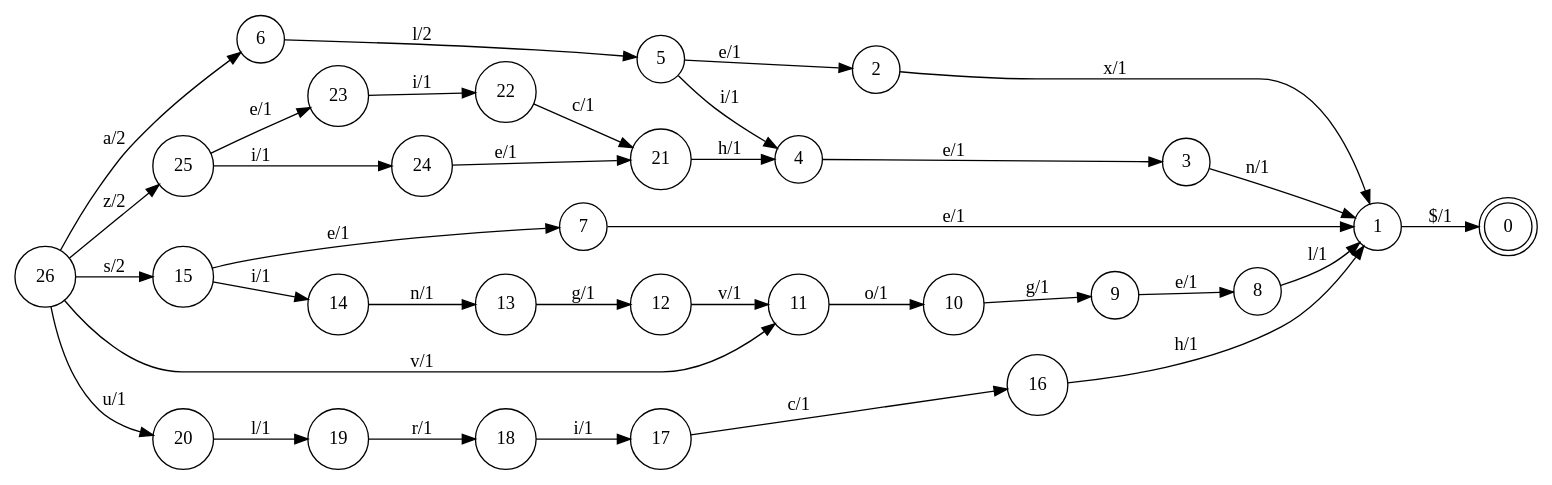
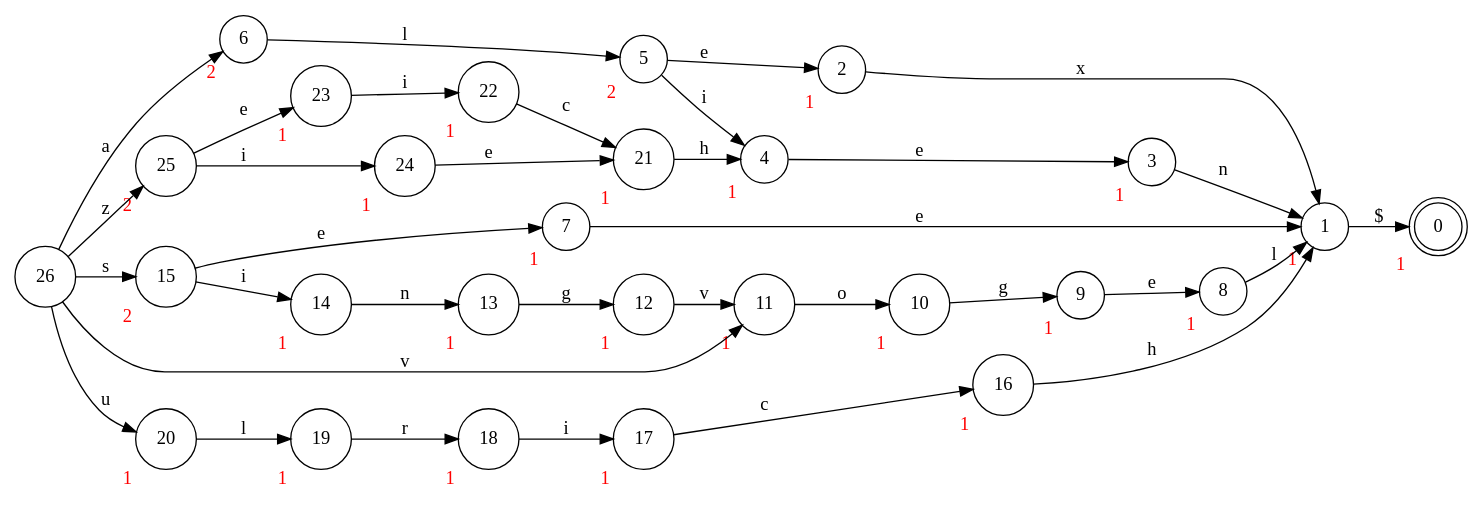
Before and after one commit to alexbiehl/hs-fst: the diagram in test.dot, drawn with Graphviz. The commit also changed 3 other files, not shown here.

```diff
--- a/test.dot
+++ b/test.dot
@@ -1,38 +1,72 @@
 digraph finite_state_machine {
 rankdir=LR
+forcelabels=true
 node [shape = doublecircle]; 0;
 node [shape = circle];
-1 -> 0 [ label="\$/1" ];
-2 -> 1 [ label="x/1" ];
-3 -> 1 [ label="n/1" ];
-4 -> 3 [ label="e/1" ];
-5 -> 4 [ label="i/1" ];
-5 -> 2 [ label="e/1" ];
-6 -> 5 [ label="l/2" ];
-7 -> 1 [ label="e/1" ];
-8 -> 1 [ label="l/1" ];
-9 -> 8 [ label="e/1" ];
-10 -> 9 [ label="g/1" ];
-11 -> 10 [ label="o/1" ];
-12 -> 11 [ label="v/1" ];
-13 -> 12 [ label="g/1" ];
-14 -> 13 [ label="n/1" ];
-15 -> 14 [ label="i/1" ];
-15 -> 7 [ label="e/1" ];
-16 -> 1 [ label="h/1" ];
-17 -> 16 [ label="c/1" ];
-18 -> 17 [ label="i/1" ];
-19 -> 18 [ label="r/1" ];
-20 -> 19 [ label="l/1" ];
-21 -> 4 [ label="h/1" ];
-22 -> 21 [ label="c/1" ];
-23 -> 22 [ label="i/1" ];
-24 -> 21 [ label="e/1" ];
-25 -> 24 [ label="i/1" ];
-25 -> 23 [ label="e/1" ];
-26 -> 25 [ label="z/2" ];
-26 -> 11 [ label="v/1" ];
-26 -> 20 [ label="u/1" ];
-26 -> 15 [ label="s/2" ];
-26 -> 6 [ label="a/2" ];
+0 [xlabel=<<font color="red">1</font>>];
+1 -> 0 [ label="\$" ];
+1 [xlabel=<<font color="red">1</font>>];
+2 -> 1 [ label="x" ];
+1 [xlabel=<<font color="red">1</font>>];
+3 -> 1 [ label="n" ];
+3 [xlabel=<<font color="red">1</font>>];
+4 -> 3 [ label="e" ];
+2 [xlabel=<<font color="red">1</font>>];
+5 -> 2 [ label="e" ];
+4 [xlabel=<<font color="red">1</font>>];
+5 -> 4 [ label="i" ];
+5 [xlabel=<<font color="red">2</font>>];
+6 -> 5 [ label="l" ];
+1 [xlabel=<<font color="red">1</font>>];
+7 -> 1 [ label="e" ];
+1 [xlabel=<<font color="red">1</font>>];
+8 -> 1 [ label="l" ];
+8 [xlabel=<<font color="red">1</font>>];
+9 -> 8 [ label="e" ];
+9 [xlabel=<<font color="red">1</font>>];
+10 -> 9 [ label="g" ];
+10 [xlabel=<<font color="red">1</font>>];
+11 -> 10 [ label="o" ];
+11 [xlabel=<<font color="red">1</font>>];
+12 -> 11 [ label="v" ];
+12 [xlabel=<<font color="red">1</font>>];
+13 -> 12 [ label="g" ];
+13 [xlabel=<<font color="red">1</font>>];
+14 -> 13 [ label="n" ];
+14 [xlabel=<<font color="red">1</font>>];
+15 -> 14 [ label="i" ];
+7 [xlabel=<<font color="red">1</font>>];
+15 -> 7 [ label="e" ];
+1 [xlabel=<<font color="red">1</font>>];
+16 -> 1 [ label="h" ];
+16 [xlabel=<<font color="red">1</font>>];
+17 -> 16 [ label="c" ];
+17 [xlabel=<<font color="red">1</font>>];
+18 -> 17 [ label="i" ];
+18 [xlabel=<<font color="red">1</font>>];
+19 -> 18 [ label="r" ];
+19 [xlabel=<<font color="red">1</font>>];
+20 -> 19 [ label="l" ];
+4 [xlabel=<<font color="red">1</font>>];
+21 -> 4 [ label="h" ];
+21 [xlabel=<<font color="red">1</font>>];
+22 -> 21 [ label="c" ];
+22 [xlabel=<<font color="red">1</font>>];
+23 -> 22 [ label="i" ];
+21 [xlabel=<<font color="red">1</font>>];
+24 -> 21 [ label="e" ];
+23 [xlabel=<<font color="red">1</font>>];
+25 -> 23 [ label="e" ];
+24 [xlabel=<<font color="red">1</font>>];
+25 -> 24 [ label="i" ];
+25 [xlabel=<<font color="red">2</font>>];
+26 -> 25 [ label="z" ];
+20 [xlabel=<<font color="red">1</font>>];
+26 -> 20 [ label="u" ];
+15 [xlabel=<<font color="red">2</font>>];
+26 -> 15 [ label="s" ];
+6 [xlabel=<<font color="red">2</font>>];
+26 -> 6 [ label="a" ];
+11 [xlabel=<<font color="red">1</font>>];
+26 -> 11 [ label="v" ];
 }
```
